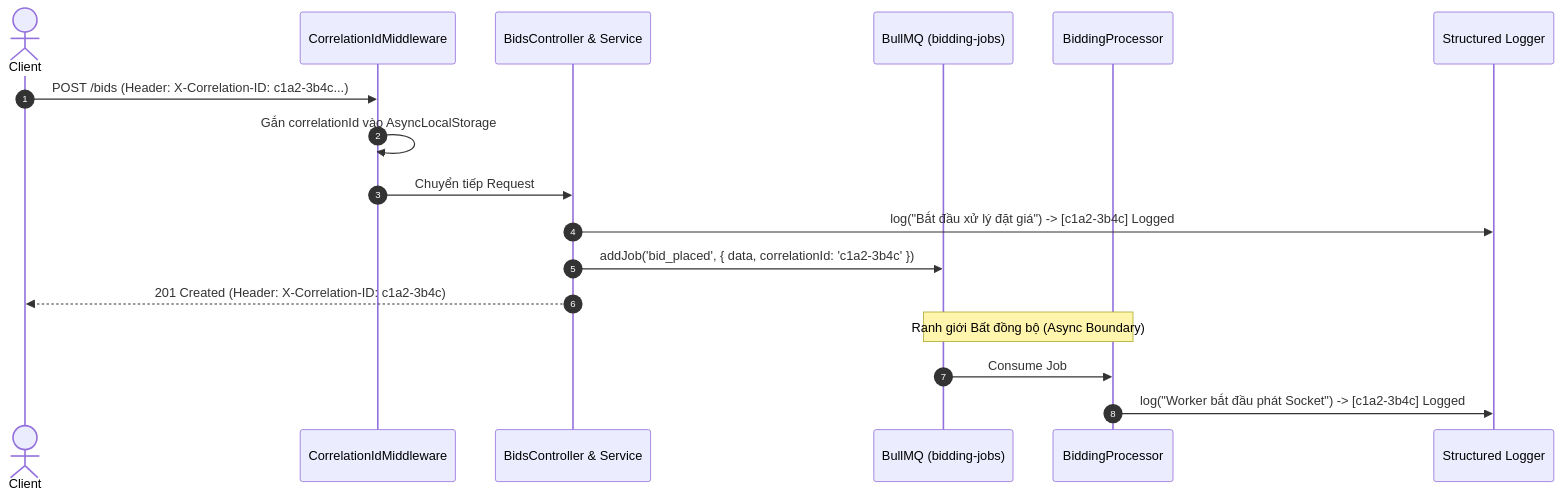
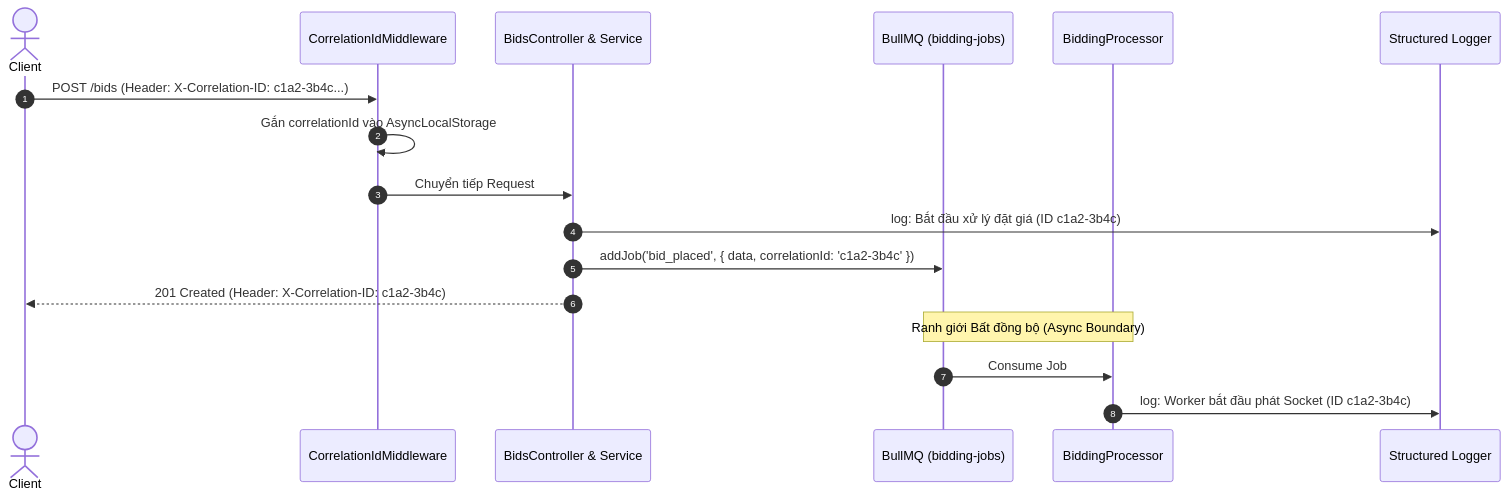
The second of 5 diagrams in docs/archtecture_specific.md (introvertkid/bidding-system), drawn with Mermaid before and after one commit. The commit also changed other lines of this file, not shown here.

Commit message:
fix(docs): fix Mermaid syntax for GitHub renderer compatibility

````diff
--- a/docs/archtecture_specific.md
+++ b/docs/archtecture_specific.md
@@ -85,21 +85,21 @@
 ```mermaid
 sequenceDiagram
     autonumber
     actor Client
     participant MW as CorrelationIdMiddleware
     participant API as BidsController & Service
     participant Queue as BullMQ (bidding-jobs)
     participant Worker as BiddingProcessor
     participant Log as Structured Logger
 
     Client->>MW: POST /bids (Header: X-Correlation-ID: c1a2-3b4c...)
     MW->>MW: Gắn correlationId vào AsyncLocalStorage
     MW->>API: Chuyển tiếp Request
-    API->>Log: log("Bắt đầu xử lý đặt giá") -> [c1a2-3b4c] Logged
+    API->>Log: log: Bắt đầu xử lý đặt giá (ID c1a2-3b4c)
     API->>Queue: addJob('bid_placed', { data, correlationId: 'c1a2-3b4c' })
     API-->>Client: 201 Created (Header: X-Correlation-ID: c1a2-3b4c)
 
     Note over Queue,Worker: Ranh giới Bất đồng bộ (Async Boundary)
     Queue->>Worker: Consume Job
-    Worker->>Log: log("Worker bắt đầu phát Socket") -> [c1a2-3b4c] Logged
+    Worker->>Log: log: Worker bắt đầu phát Socket (ID c1a2-3b4c)
 ```
````
